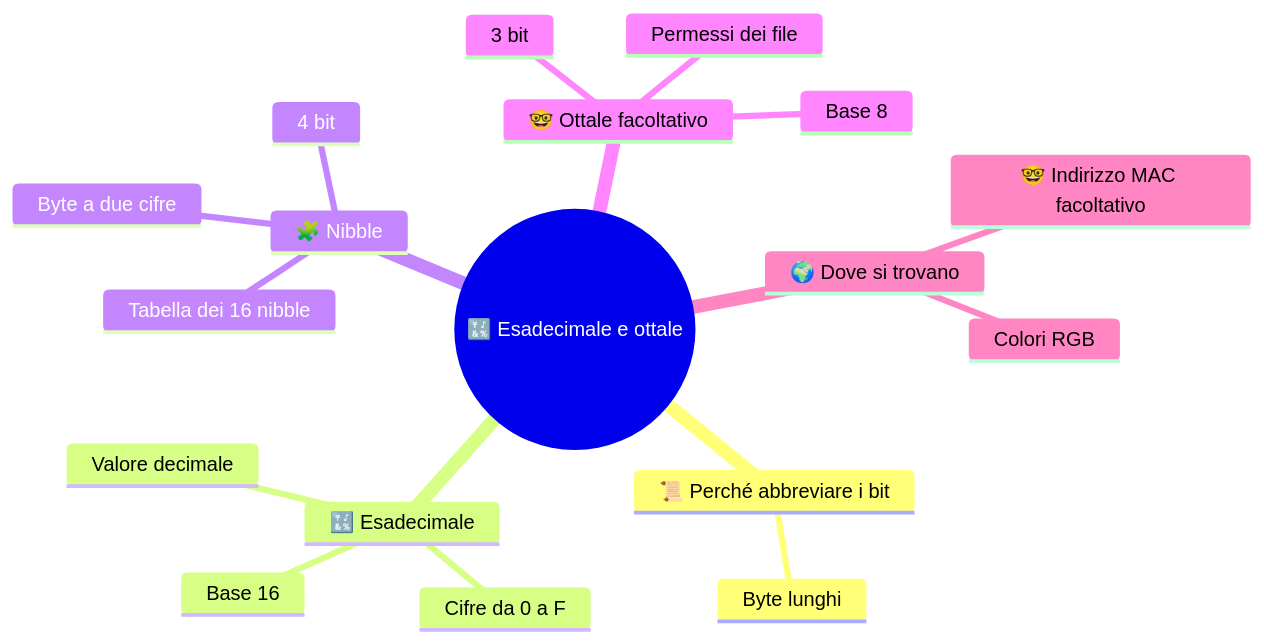
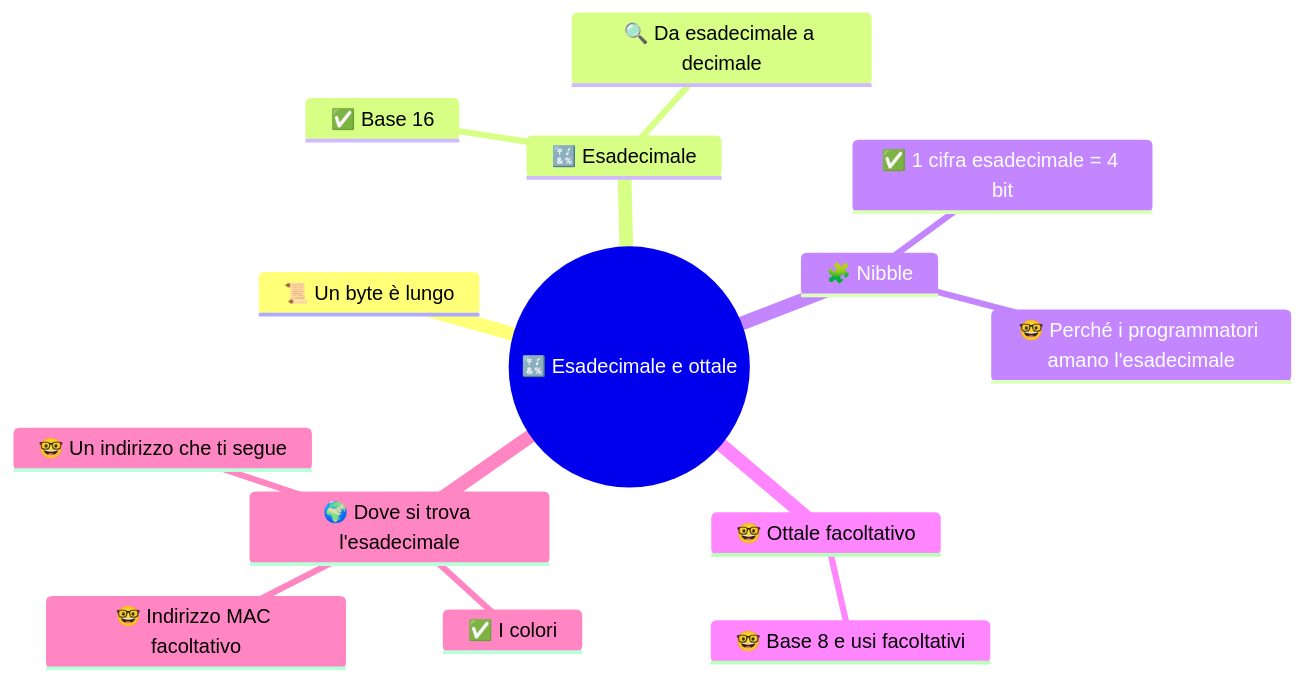
One commit to Neeqstock/dispense-caramuel changed the diagram in 1CI - Informatica/1 SETT-OTT/Allegati/1ci-sett-ott-s5-esadecimale-e-ottale-mappa-1.mmd. Above: the diagram before and after it, drawn with Mermaid. The commit also changed 56 other files, not shown here.

```diff
--- a/1CI - Informatica/1 SETT-OTT/Allegati/1ci-sett-ott-s5-esadecimale-e-ottale-mappa-1.mmd
+++ b/1CI - Informatica/1 SETT-OTT/Allegati/1ci-sett-ott-s5-esadecimale-e-ottale-mappa-1.mmd
@@ -1,19 +1,15 @@
 mindmap
   root((🔣 Esadecimale e ottale))
-    📜 Perché abbreviare i bit
-      Byte lunghi
+    📜 Un byte è lungo
     🔣 Esadecimale
-      Base 16
-      Cifre da 0 a F
-      Valore decimale
+      ✅ Base 16
+      🔍 Da esadecimale a decimale
     🧩 Nibble
-      4 bit
-      Tabella dei 16 nibble
-      Byte a due cifre
+      ✅ 1 cifra esadecimale = 4 bit
+      🤓 Perché i programmatori amano l'esadecimale
     🤓 Ottale facoltativo
-      Base 8
-      3 bit
-      Permessi dei file
-    🌍 Dove si trovano
-      Colori RGB
+      🤓 Base 8 e usi facoltativi
+    🌍 Dove si trova l'esadecimale
+      ✅ I colori
       🤓 Indirizzo MAC facoltativo
+      🤓 Un indirizzo che ti segue
```
